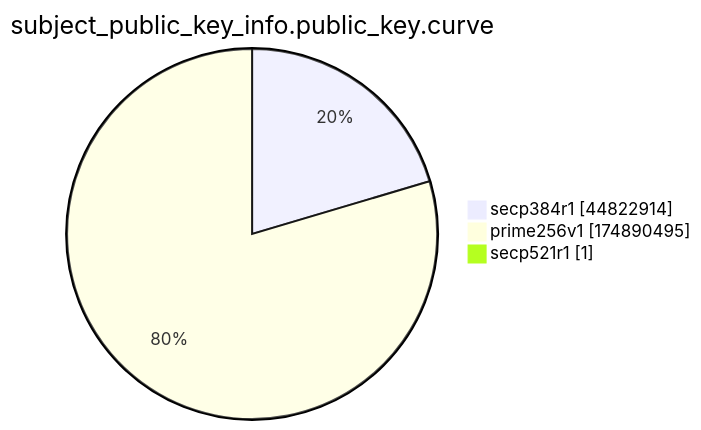
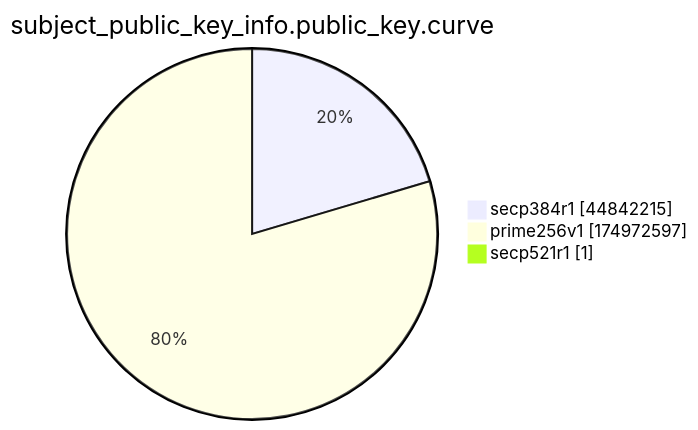
One commit to christiankrug/ctmonitor_visualization changed the ninth of 15 diagrams in xenon2022/README.md. Above: the diagram before and after it, drawn with Mermaid. The commit also changed other lines of this file, not shown here.

````diff
--- a/xenon2022/README.md
+++ b/xenon2022/README.md
@@ -2871,7 +2871,7 @@
 ```mermaid
 pie showData
 title subject_public_key_info.public_key.curve
-"secp384r1" :44822914
-"prime256v1" :174890495
+"secp384r1" :44842215
+"prime256v1" :174972597
 "secp521r1" :1
 ```
````
